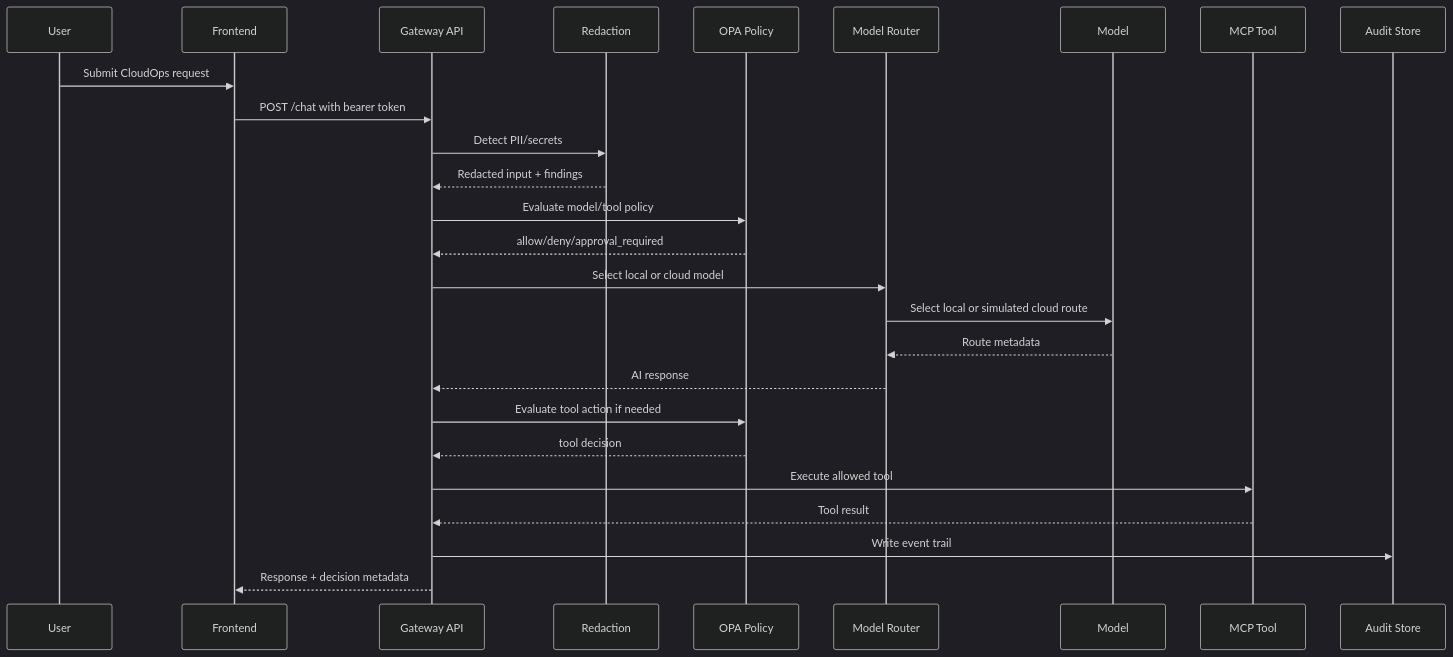
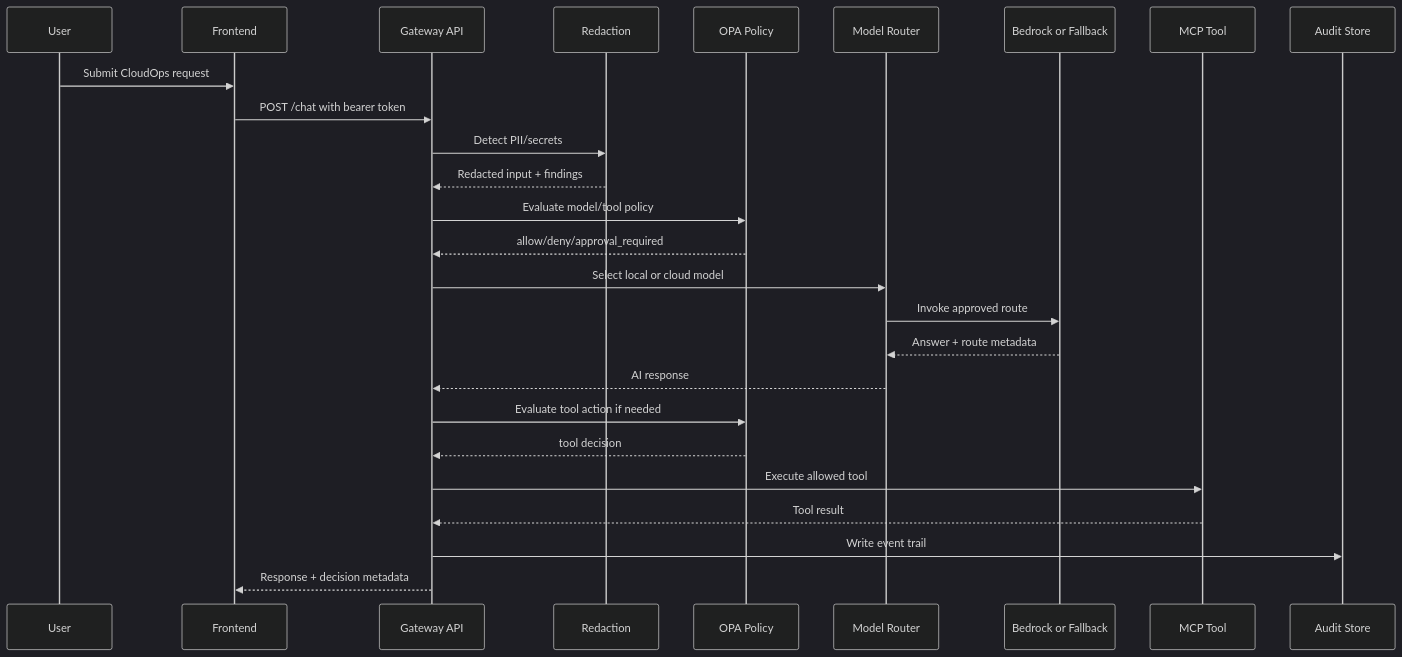
The diagram in docs/architecture/system-architecture.md (manynames3/aegisdesk-cloudops-control-plane), drawn with Mermaid (dark theme) before and after one commit. The commit also changed other lines of this file and 44 other files, not shown here.

````diff
--- a/docs/architecture/system-architecture.md
+++ b/docs/architecture/system-architecture.md
@@ -138,29 +145,29 @@
 ```mermaid
 sequenceDiagram
     participant U as User
     participant UI as Frontend
     participant API as Gateway API
     participant R as Redaction
     participant OPA as OPA Policy
     participant MR as Model Router
-    participant M as Model
+    participant M as Bedrock or Fallback
     participant Tool as MCP Tool
     participant Audit as Audit Store
 
     U->>UI: Submit CloudOps request
     UI->>API: POST /chat with bearer token
     API->>R: Detect PII/secrets
     R-->>API: Redacted input + findings
     API->>OPA: Evaluate model/tool policy
     OPA-->>API: allow/deny/approval_required
     API->>MR: Select local or cloud model
-    MR->>M: Select local or simulated cloud route
-    M-->>MR: Route metadata
+    MR->>M: Invoke approved route
+    M-->>MR: Answer + route metadata
     MR-->>API: AI response
     API->>OPA: Evaluate tool action if needed
     OPA-->>API: tool decision
     API->>Tool: Execute allowed tool
     Tool-->>API: Tool result
     API->>Audit: Write event trail
     API-->>UI: Response + decision metadata
 ```
````
